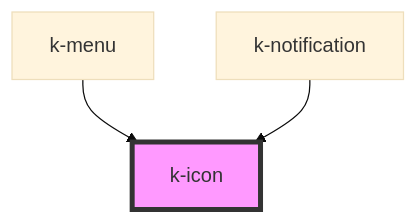
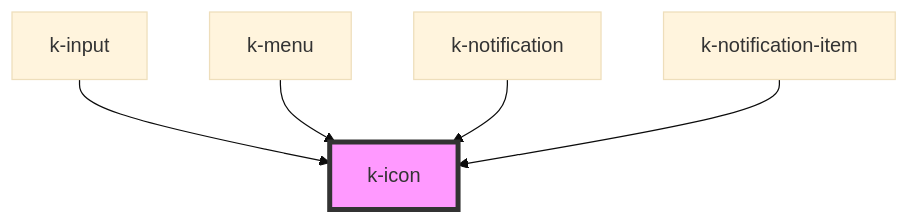
One commit to ksquareincmx/vuh-stencil-components changed the diagram in core/src/components/k-icon/readme.md. Above: the diagram before and after it, drawn with Mermaid (base theme). The commit also changed other lines of this file and 3 other files, not shown here.

````diff
--- a/core/src/components/k-icon/readme.md
+++ b/core/src/components/k-icon/readme.md
@@ -24,6 +26,8 @@
 ```mermaid
 graph TD;
+  k-input --> k-icon
   k-menu --> k-icon
   k-notification --> k-icon
+  k-notification-item --> k-icon
   style k-icon fill:#f9f,stroke:#333,stroke-width:4px
 ```
````
